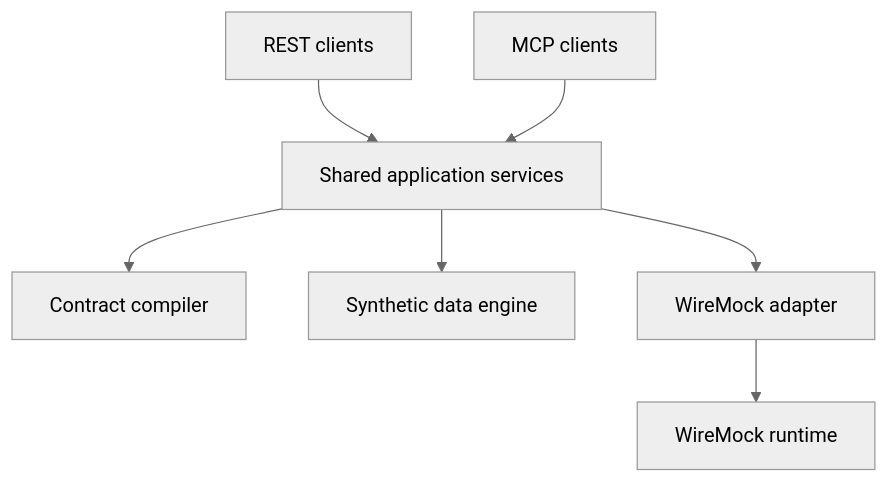
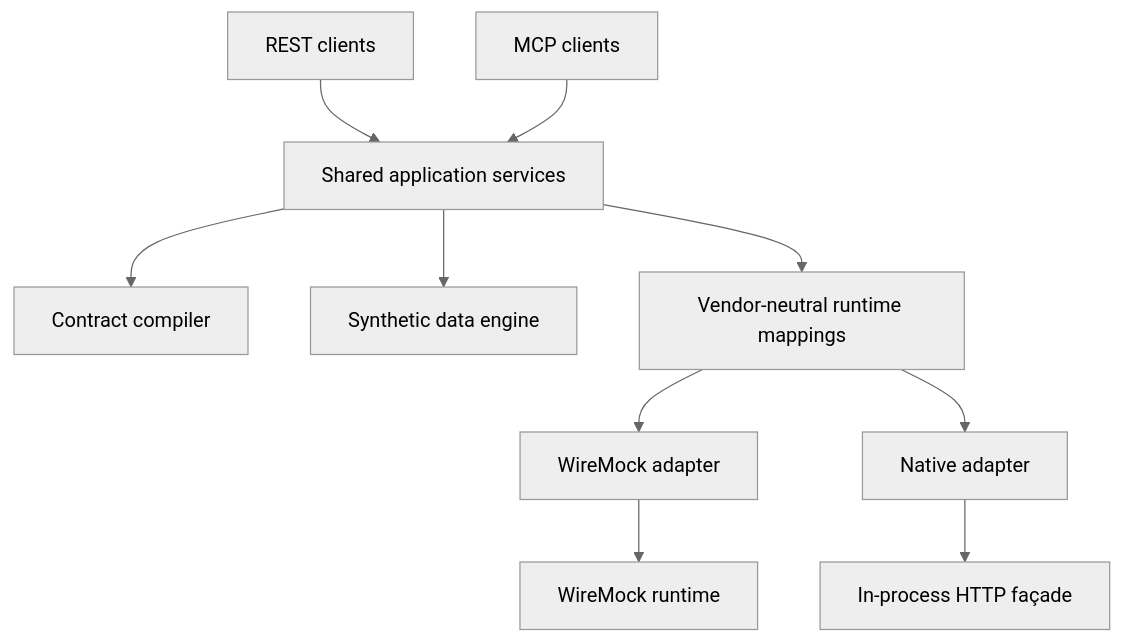
One commit to anzar-ahsan-commits/simuloom-mcp changed the diagram in README.md. Above: the diagram before and after it, drawn with Mermaid (neutral theme). The commit also changed other lines of this file and 31 other files, not shown here.

````diff
--- a/README.md
+++ b/README.md
@@ -42,9 +43,12 @@
 ```mermaid
 flowchart TD
     A[REST clients] --> C[Shared application services]
     B[MCP clients] --> C
     C --> D[Contract compiler]
     C --> E[Synthetic data engine]
-    C --> F[WireMock adapter]
-    F --> G[WireMock runtime]
+    C --> F[Vendor-neutral runtime mappings]
+    F --> G[WireMock adapter]
+    F --> H[Native adapter]
+    G --> I[WireMock runtime]
+    H --> J[In-process HTTP façade]
 ```
````
